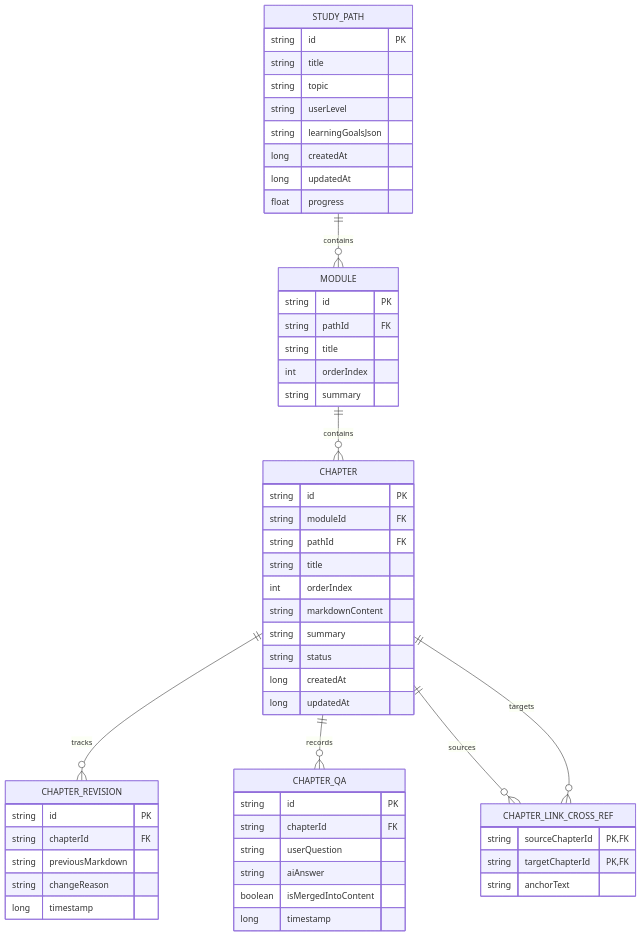
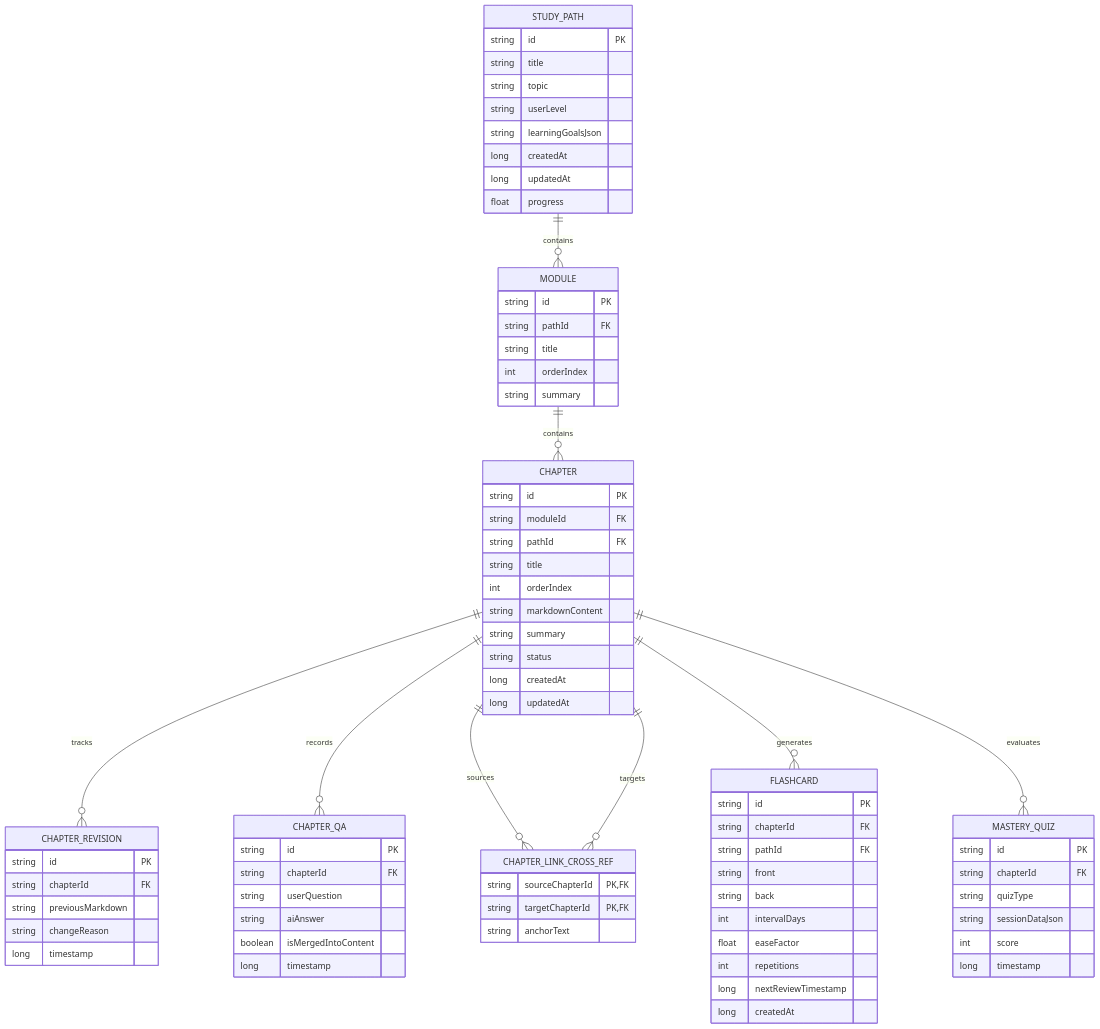
Before and after one commit to pprpprppr/openED: the second of 2 diagrams in README.md, drawn with Mermaid. The commit also changed other lines of this file and 42 other files, not shown here.

````diff
--- a/README.md
+++ b/README.md
@@ -125,6 +156,8 @@
     CHAPTER ||--o{ CHAPTER_QA : records
     CHAPTER ||--o{ CHAPTER_LINK_CROSS_REF : sources
     CHAPTER ||--o{ CHAPTER_LINK_CROSS_REF : targets
+    CHAPTER ||--o{ FLASHCARD : generates
+    CHAPTER ||--o{ MASTERY_QUIZ : evaluates
 
     STUDY_PATH {
         string id PK
@@ -180,4 +213,26 @@
         boolean isMergedIntoContent
         long timestamp
     }
+
+    FLASHCARD {
+        string id PK
+        string chapterId FK
+        string pathId FK
+        string front
+        string back
+        int intervalDays
+        float easeFactor
+        int repetitions
+        long nextReviewTimestamp
+        long createdAt
+    }
+
+    MASTERY_QUIZ {
+        string id PK
+        string chapterId FK
+        string quizType
+        string sessionDataJson
+        int score
+        long timestamp
+    }
 ```
````
